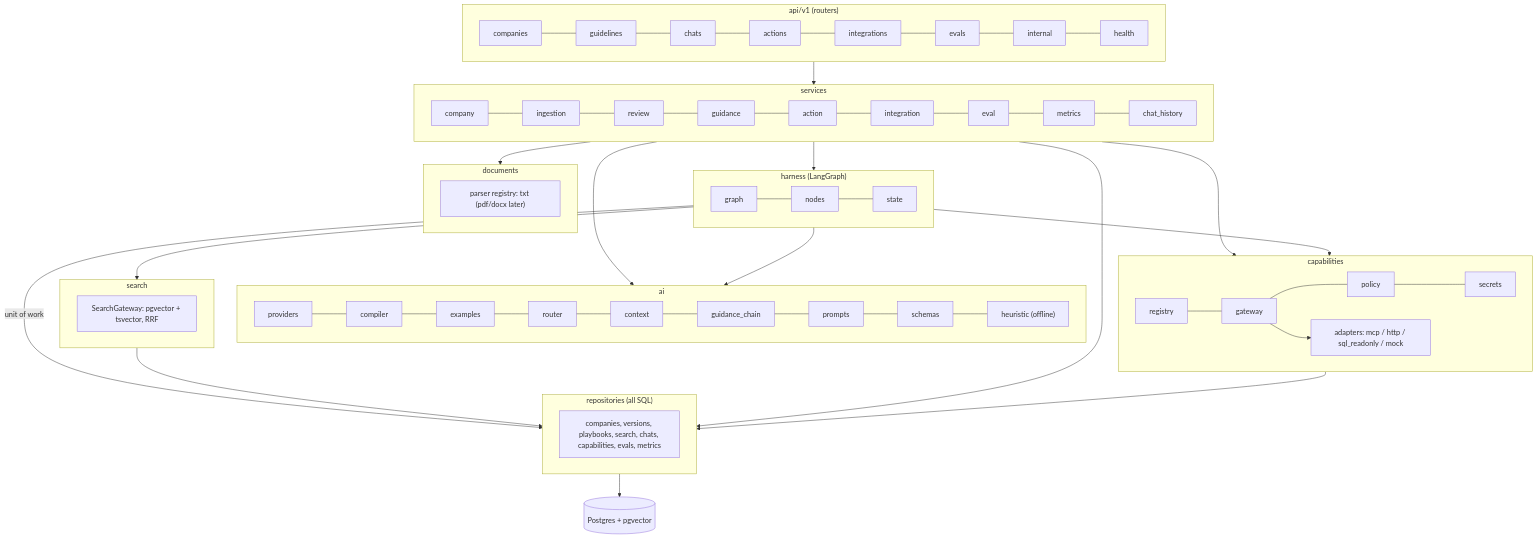
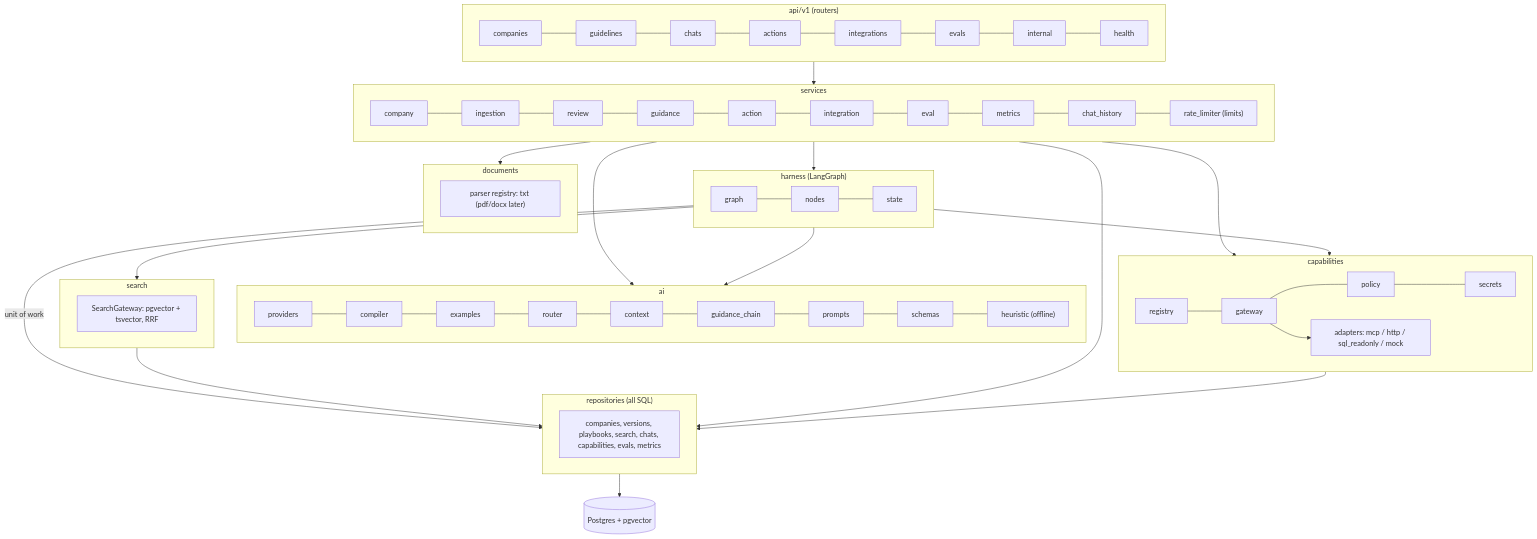
One commit to getBrijendra/customer-support-agent changed the second of 12 diagrams in architecture.md. Above: the diagram before and after it, drawn with Mermaid. The commit also changed other lines of this file, not shown here.

````diff
--- a/architecture.md
+++ b/architecture.md
@@ -60,49 +62,49 @@
 ```mermaid
 flowchart TB
     subgraph API["api/v1 (routers)"]
         r1[companies] --- r2[guidelines] --- r3[chats] --- r4[actions] --- r5[integrations] --- r6[evals] --- r7[internal] --- r8[health]
     end
 
     subgraph SVC["services"]
-        s1[company] --- s2[ingestion] --- s3[review] --- s4[guidance] --- s5[action] --- s6[integration] --- s7[eval] --- s8[metrics] --- s9[chat_history]
+        s1[company] --- s2[ingestion] --- s3[review] --- s4[guidance] --- s5[action] --- s6[integration] --- s7[eval] --- s8[metrics] --- s9[chat_history] --- s10["rate_limiter (limits)"]
     end
 
     subgraph HARNESS["harness (LangGraph)"]
         h1[graph] --- h2[nodes] --- h3[state]
     end
 
     subgraph AI["ai"]
         a1[providers] --- a2[compiler] --- a3[examples] --- a4[router] --- a5[context] --- a6[guidance_chain] --- a7[prompts] --- a8[schemas] --- a9["heuristic (offline)"]
     end
 
     subgraph CAP["capabilities"]
         c1[registry] --- c2[gateway] --- c3[policy] --- c4[secrets]
         c2 --> ad["adapters: mcp / http / sql_readonly / mock"]
     end
 
     subgraph DOCS["documents"]
         d1["parser registry: txt (pdf/docx later)"]
     end
 
     subgraph SEARCH["search"]
         se1["SearchGateway: pgvector + tsvector, RRF"]
     end
 
     subgraph REPO["repositories (all SQL)"]
         re["companies, versions, playbooks, search, chats, capabilities, evals, metrics"]
     end
 
     API --> SVC
     SVC --> HARNESS
     SVC --> DOCS
     SVC --> AI
     SVC --> CAP
     HARNESS --> AI
     HARNESS --> SEARCH
     HARNESS --> CAP
     HARNESS -- "unit of work" --> REPO
     SEARCH --> REPO
     SVC --> REPO
     CAP --> REPO
     REPO --> PG[("Postgres + pgvector")]
 ```
````
